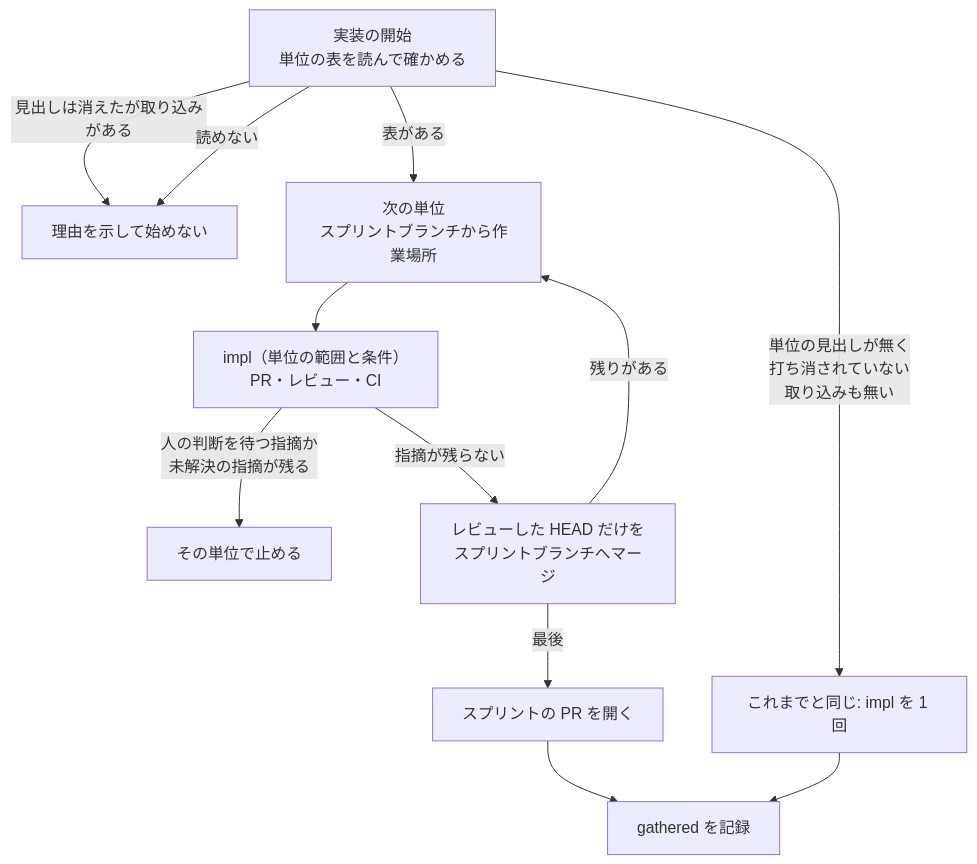
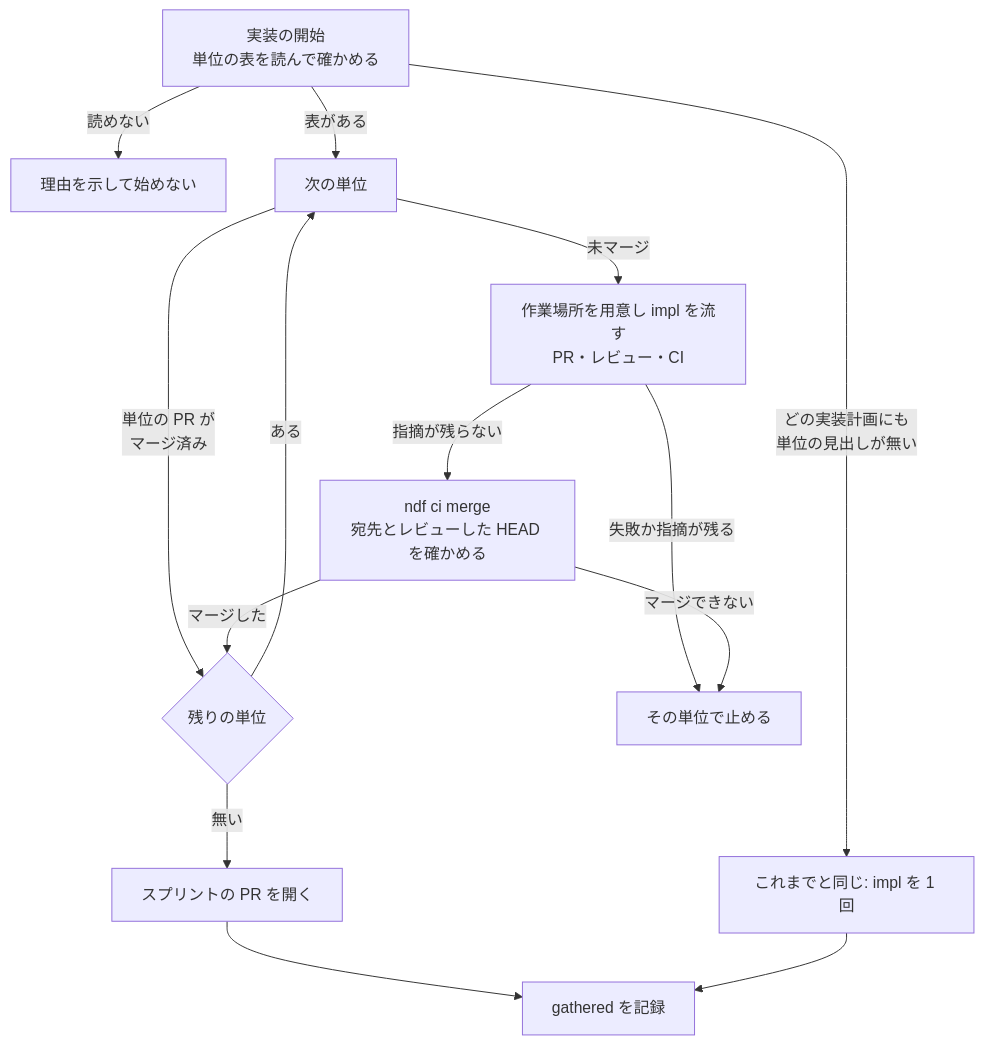
Before and after one commit to devbasex/ai-plugins: the second of 3 diagrams in issues/issue-4369-design.md, drawn with Mermaid. The commit also changed other lines of this file and 1 other file, not shown here.

````diff
--- a/issues/issue-4369-design.md
+++ b/issues/issue-4369-design.md
@@ -41,14 +44,16 @@
 ```mermaid
 flowchart TB
-  S["実装の開始<br/>単位の表を読んで確かめる"] -->|単位の見出しが無く<br/>打ち消されていない<br/>取り込みも無い| OLD["これまでと同じ: impl を 1 回"]
-  S -->|見出しは消えたが取り込みがある| STOP
+  S["実装の開始<br/>単位の表を読んで確かめる"] -->|どの実装計画にも<br/>単位の見出しが無い| OLD["これまでと同じ: impl を 1 回"]
   S -->|読めない| STOP["理由を示して始めない"]
-  S -->|表がある| U["次の単位<br/>スプリントブランチから作業場所"]
-  U --> PL["impl（単位の範囲と条件）<br/>PR・レビュー・CI"]
-  PL -->|人の判断を待つ指摘か<br/>未解決の指摘が残る| STOP2["その単位で止める"]
-  PL -->|指摘が残らない| M["レビューした HEAD だけを<br/>スプリントブランチへマージ"]
-  M -->|残りがある| U
-  M -->|最後| PR["スプリントの PR を開く"]
+  S -->|表がある| U["次の単位"]
+  U -->|単位の PR が<br/>マージ済み| N{"残りの単位"}
+  U -->|未マージ| PL["作業場所を用意し impl を流す<br/>PR・レビュー・CI"]
+  PL -->|失敗か指摘が残る| STOP2["その単位で止める"]
+  PL -->|指摘が残らない| M["ndf ci merge<br/>宛先とレビューした HEAD を確かめる"]
+  M -->|マージできない| STOP2
+  M -->|マージした| N
+  N -->|ある| U
+  N -->|無い| PR["スプリントの PR を開く"]
   PR --> G["gathered を記録"]
   OLD --> G
 ```
````
